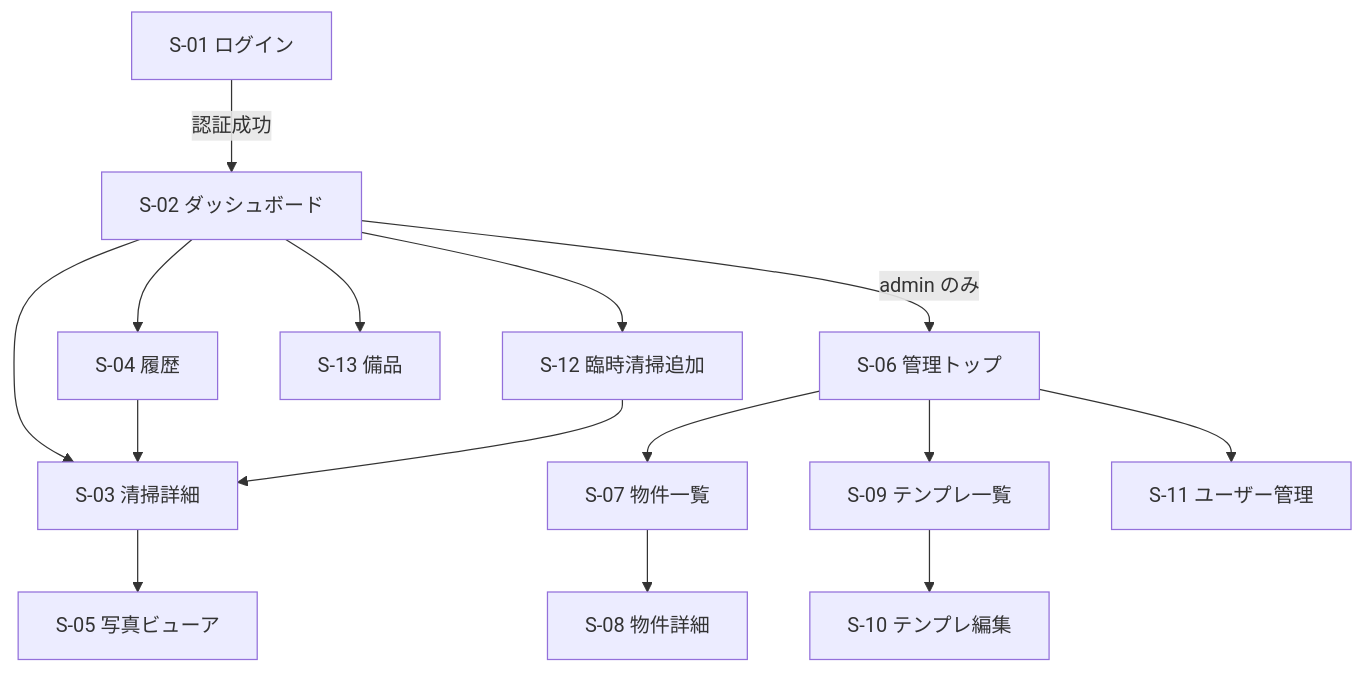
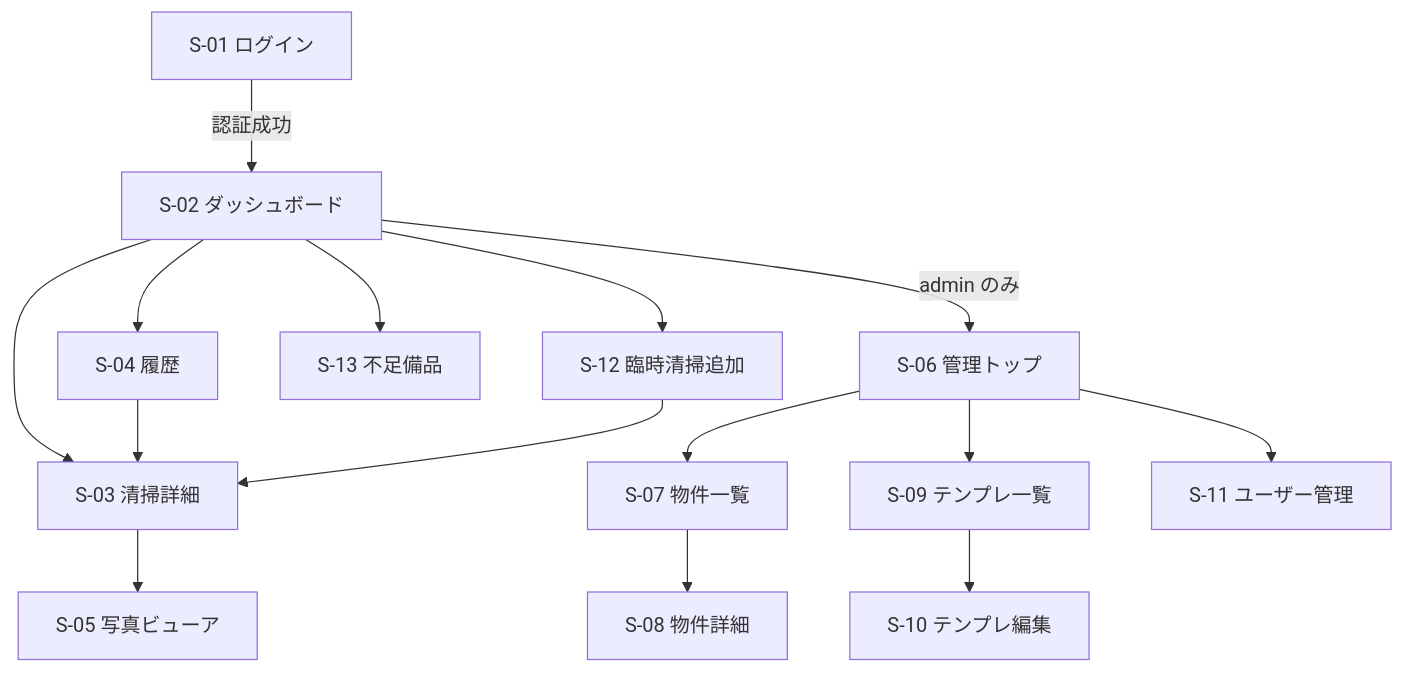
One commit to kodan1231/cleaning_schedule changed the diagram in docs/02_基本設計書.md. Above: the diagram before and after it, drawn with Mermaid. The commit also changed other lines of this file and 13 other files, not shown here.

````diff
--- a/docs/02_基本設計書.md
+++ b/docs/02_基本設計書.md
@@ -123,17 +123,17 @@
 ```mermaid
 flowchart TD
   L[S-01 ログイン] -->|認証成功| D[S-02 ダッシュボード]
   D --> C[S-03 清掃詳細]
   D --> H[S-04 履歴]
   D --> N[S-12 臨時清掃追加]
-  D --> SP[S-13 備品]
+  D --> SP[S-13 不足備品]
   H --> C
   C --> P[S-05 写真ビューア]
   N --> C
   D -->|admin のみ| A[S-06 管理トップ]
   A --> PR[S-07 物件一覧]
   PR --> PRD[S-08 物件詳細]
   A --> T[S-09 テンプレ一覧]
   T --> TE[S-10 テンプレ編集]
   A --> U[S-11 ユーザー管理]
 ```
````
